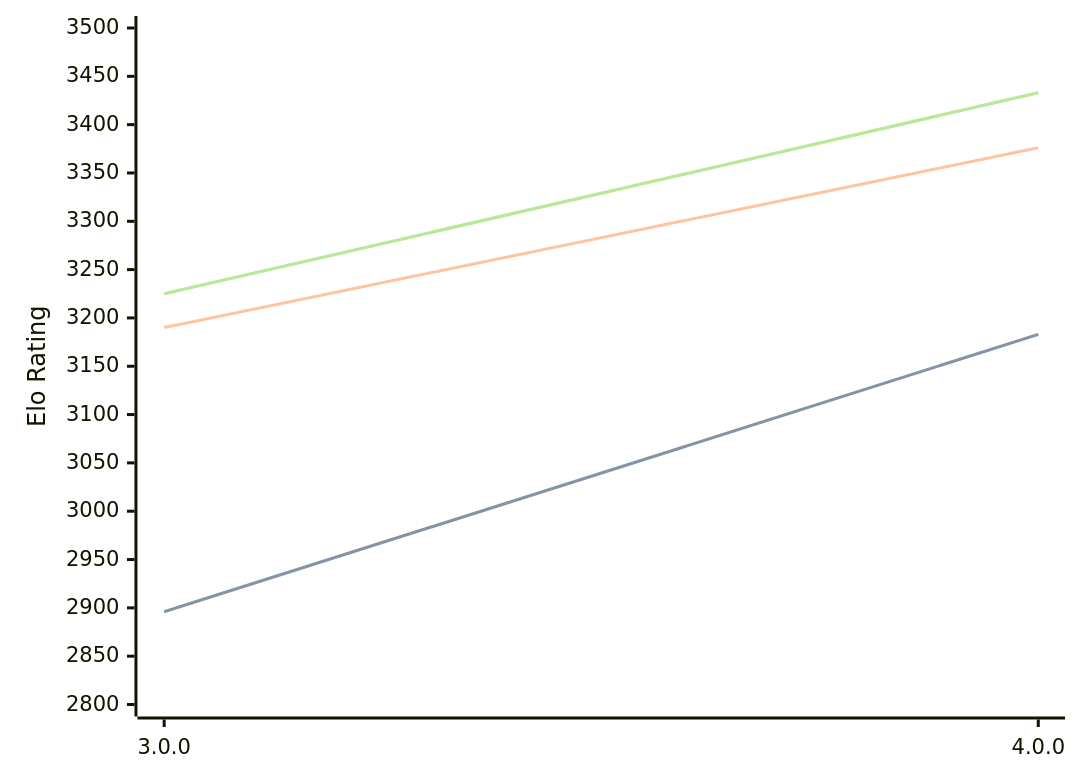
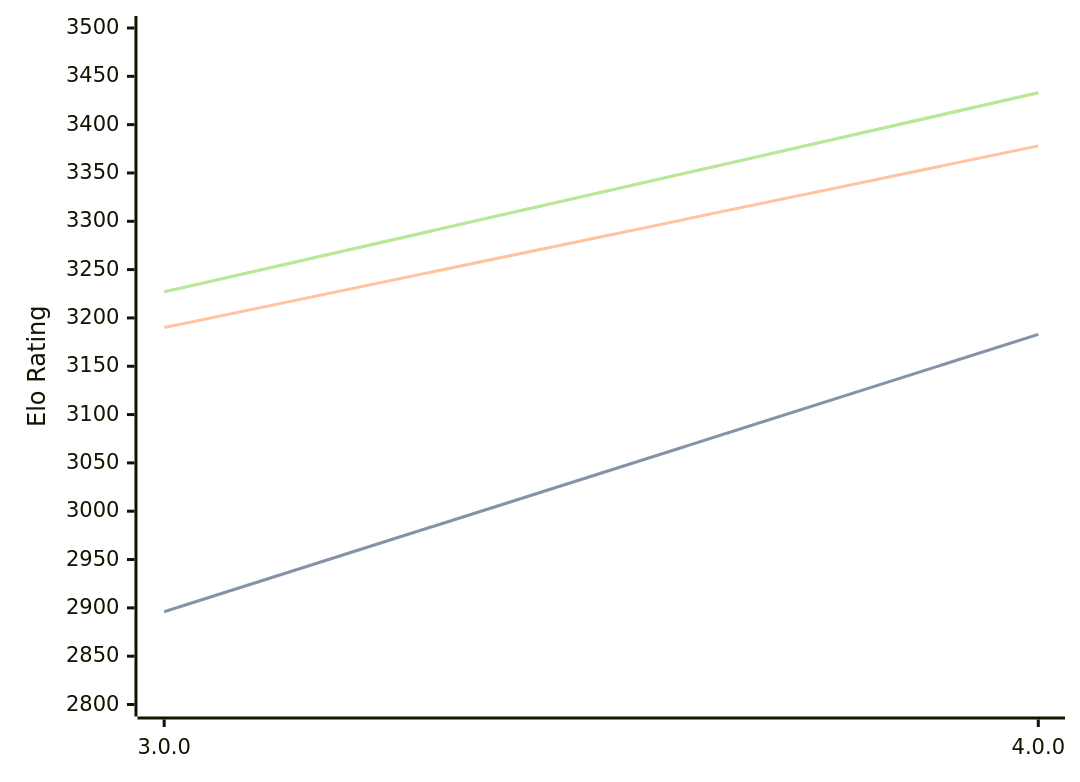
Before and after one commit to computer-chess-index/cci: the diagram in engines/Avalanche.md, drawn with Mermaid. The commit also changed other lines of this file, not shown here.

Commit message:
Update CCI Ratings (ELO VLTC) - 2026-08-27

````diff
--- a/engines/Avalanche.md
+++ b/engines/Avalanche.md
@@ -32,11 +32,11 @@
 ```mermaid
 %%{init: {"theme":"base","themeVariables":{"seriesColors:['#a3a3a3','#222221','#faa371']}}}%%
 xychart-beta
   x-axis ["3.0.0", "4.0.0"]
   y-axis "Elo Rating" 2800 --> 3500
   line "STC (8.0+0.08s)" [2896, 3183]
   line "STC (8.0+0.08s)" [2896, 3183]
-  line "LTC (60.0+0.60s)" [3190, 3376]
-  line "VLTC (2m24s+1.12s)" [3225, 3433]
-  line "VLTC (2m24s+1.12s)" [3225, 3433]
+  line "LTC (60.0+0.60s)" [3190, 3378]
+  line "VLTC (2m24s+1.12s)" [3227, 3433]
+  line "VLTC (2m24s+1.12s)" [3227, 3433]
 ```
````
